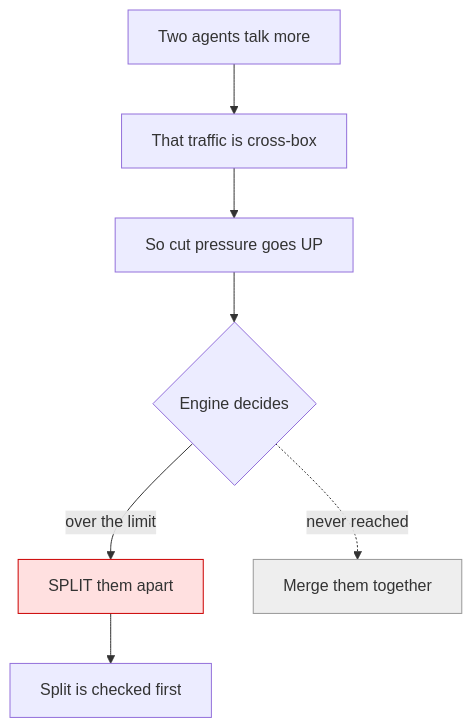
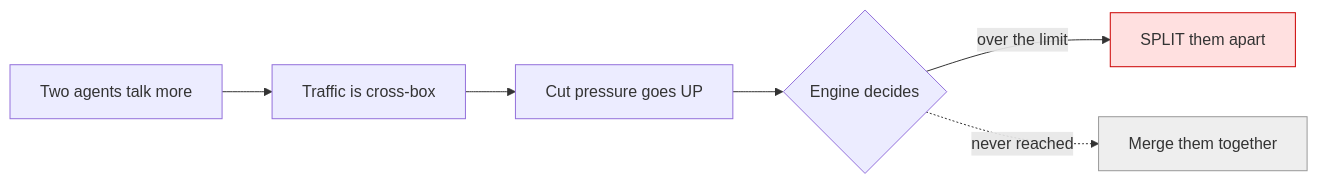
The fifth of 9 diagrams in README.md (mondweep/vibe-cast), drawn with Mermaid before and after one commit. The commit also changed other lines of this file, not shown here.

First line of the commit message:
Make diagrams short enough to fit GitHub's viewer

````diff
--- a/README.md
+++ b/README.md
@@ -272,13 +272,10 @@
 ```mermaid
-flowchart TB
-    START["Two agents talk more"]
-    P["That traffic is cross-box"]
-    PRESSURE["So cut pressure goes UP"]
-    START --> P --> PRESSURE
+flowchart LR
+    START["Two agents talk more"] --> P["Traffic is cross-box"]
+    P --> PRESSURE["Cut pressure goes UP"]
     PRESSURE --> DEC{"Engine decides"}
     DEC -->|"over the limit"| SPLIT["SPLIT them apart"]
     DEC -.->|"never reached"| MERGE["Merge them together"]
-    SPLIT --> WHY["Split is checked first"]
     style SPLIT fill:#ffe0e0,stroke:#c00
     style MERGE fill:#eeeeee,stroke:#999
 ```
````
